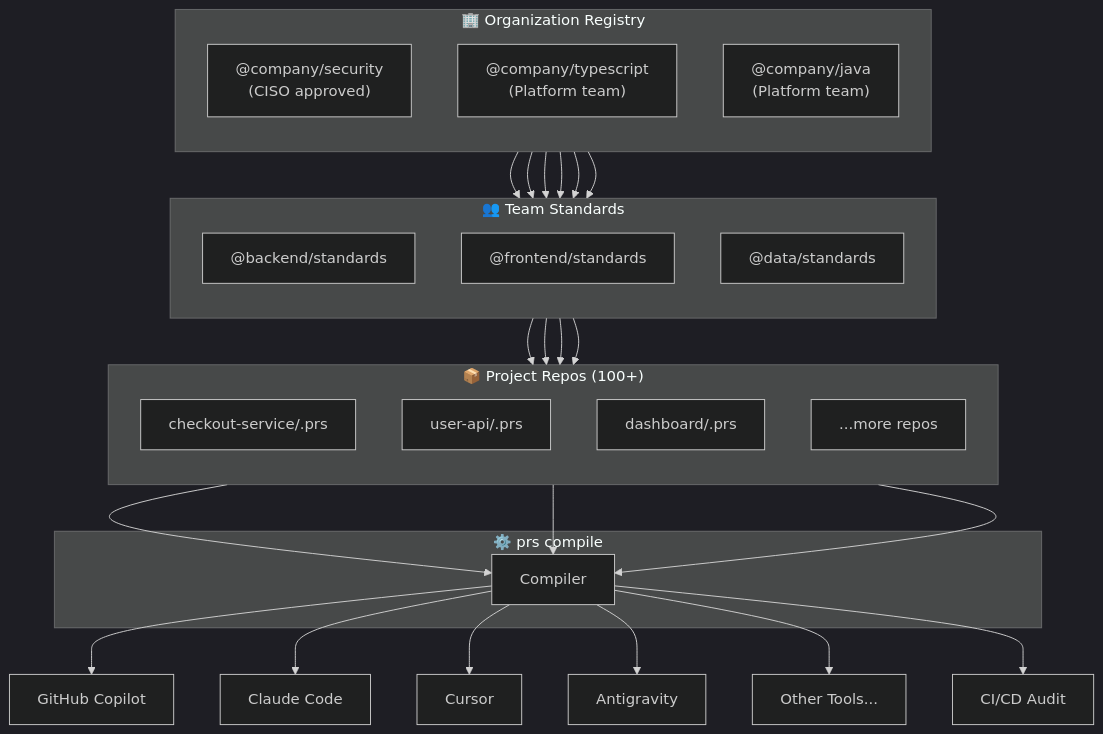
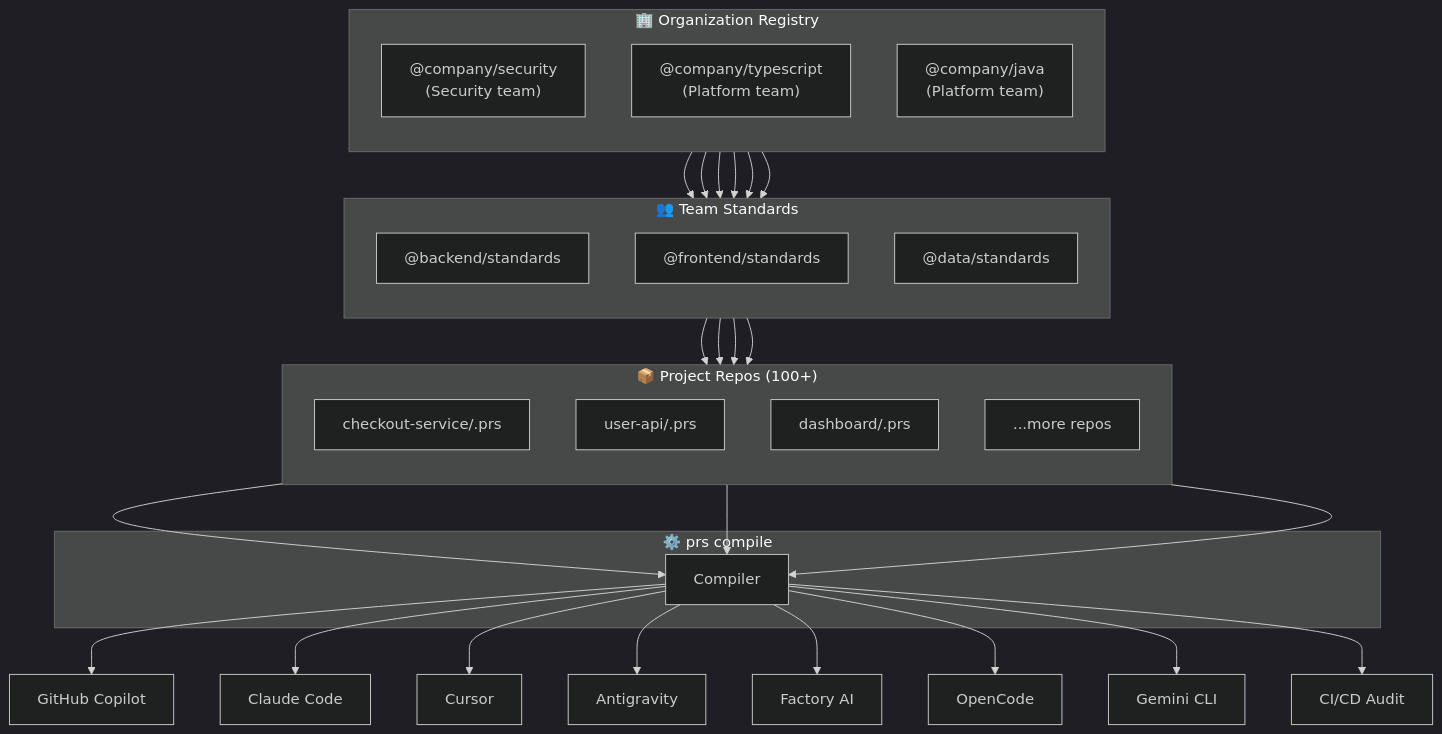
The diagram in docs/index.md (mrwogu/promptscript), drawn with Mermaid (dark theme) before and after one commit. The commit also changed other lines of this file and 8 other files, not shown here.

````diff
--- a/docs/index.md
+++ b/docs/index.md
@@ -436,45 +670,47 @@
 ```mermaid
 flowchart TB
     subgraph org["🏢 Organization Registry"]
         direction TB
-        OrgSec["@company/security<br/>(CISO approved)"]
+        OrgSec["@company/security<br/>(Security team)"]
         OrgTS["@company/typescript<br/>(Platform team)"]
         OrgJava["@company/java<br/>(Platform team)"]
     end
 
     subgraph teams["👥 Team Standards"]
         direction TB
         Backend["@backend/standards"]
         Frontend["@frontend/standards"]
         Data["@data/standards"]
     end
 
     subgraph projects["📦 Project Repos (100+)"]
         direction TB
         P1["checkout-service/.prs"]
         P2["user-api/.prs"]
         P3["dashboard/.prs"]
         Pn["...more repos"]
     end
 
     OrgSec --> Backend & Frontend & Data
     OrgTS --> Backend & Frontend
     OrgJava --> Data
 
     Backend --> P1 & P2
     Frontend --> P3
     Data --> Pn
 
     subgraph compile["⚙️ prs compile"]
         Compiler
     end
 
     P1 & P2 & P3 --> Compiler
 
     Compiler --> Copilot["GitHub Copilot"]
     Compiler --> Claude["Claude Code"]
     Compiler --> Cursor["Cursor"]
     Compiler --> Antigravity["Antigravity"]
-    Compiler --> Other["Other Tools..."]
+    Compiler --> Factory["Factory AI"]
+    Compiler --> OpenCode["OpenCode"]
+    Compiler --> Gemini["Gemini CLI"]
     Compiler --> CI["CI/CD Audit"]
 ```
````
